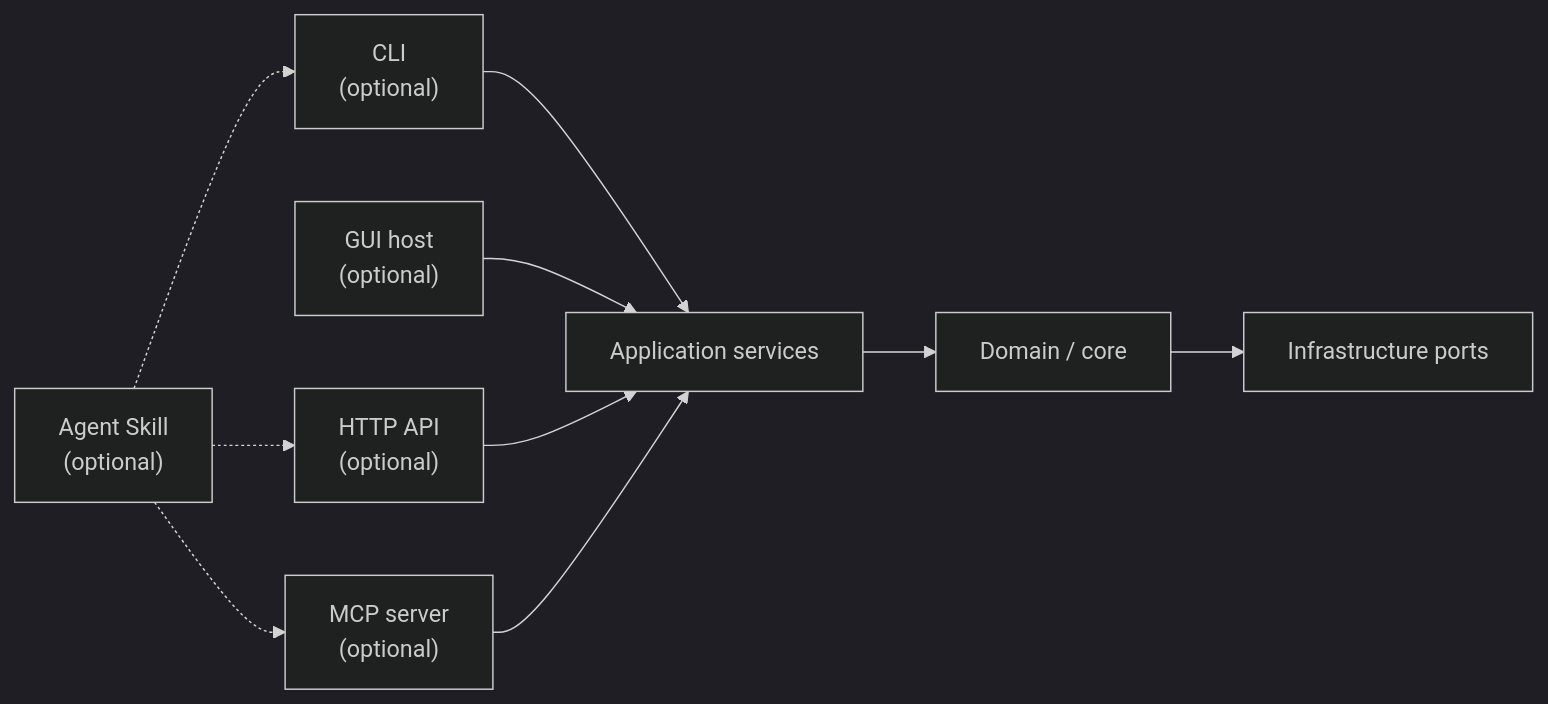
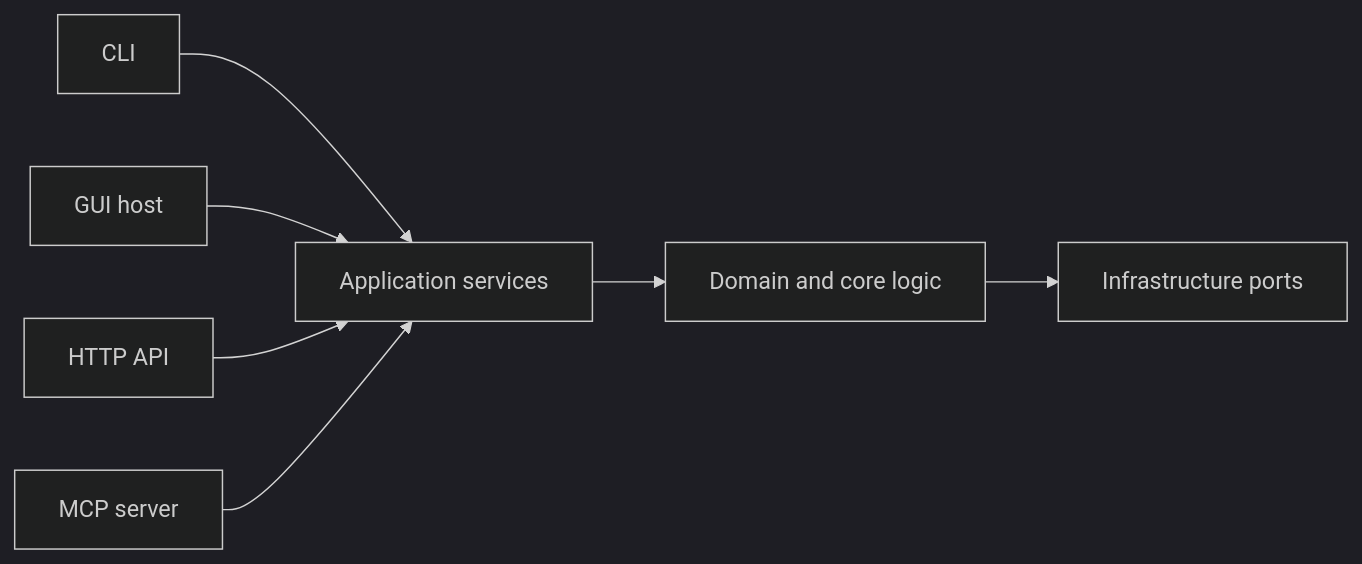
One commit to warith-harchaoui/best-engine-ai-helper changed the first of 2 diagrams in references/CODING.md. Above: the diagram before and after it, drawn with Mermaid (dark theme). The commit also changed other lines of this file and 5 other files, not shown here.

````diff
--- a/references/CODING.md
+++ b/references/CODING.md
@@ -1252,12 +533,9 @@
 ```mermaid
 flowchart LR
-    CLI["CLI<br/>(optional)"] --> APP["Application services"]
-    GUI["GUI host<br/>(optional)"] --> APP
-    API["HTTP API<br/>(optional)"] --> APP
-    MCP["MCP server<br/>(optional)"] --> APP
-    APP --> CORE["Domain / core"]
+    CLI["CLI"] --> APP["Application services"]
+    GUI["GUI host"] --> APP
+    API["HTTP API"] --> APP
+    MCP["MCP server"] --> APP
+    APP --> CORE["Domain and core logic"]
     CORE --> PORTS["Infrastructure ports"]
-    SKILL["Agent Skill<br/>(optional)"] -.-> CLI
-    SKILL -.-> API
-    SKILL -.-> MCP
 ```
````
